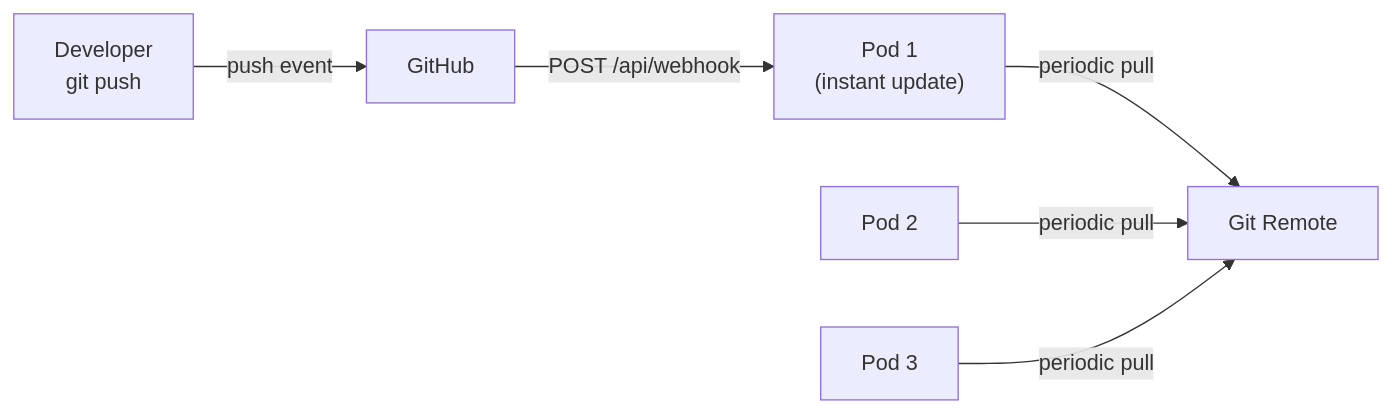
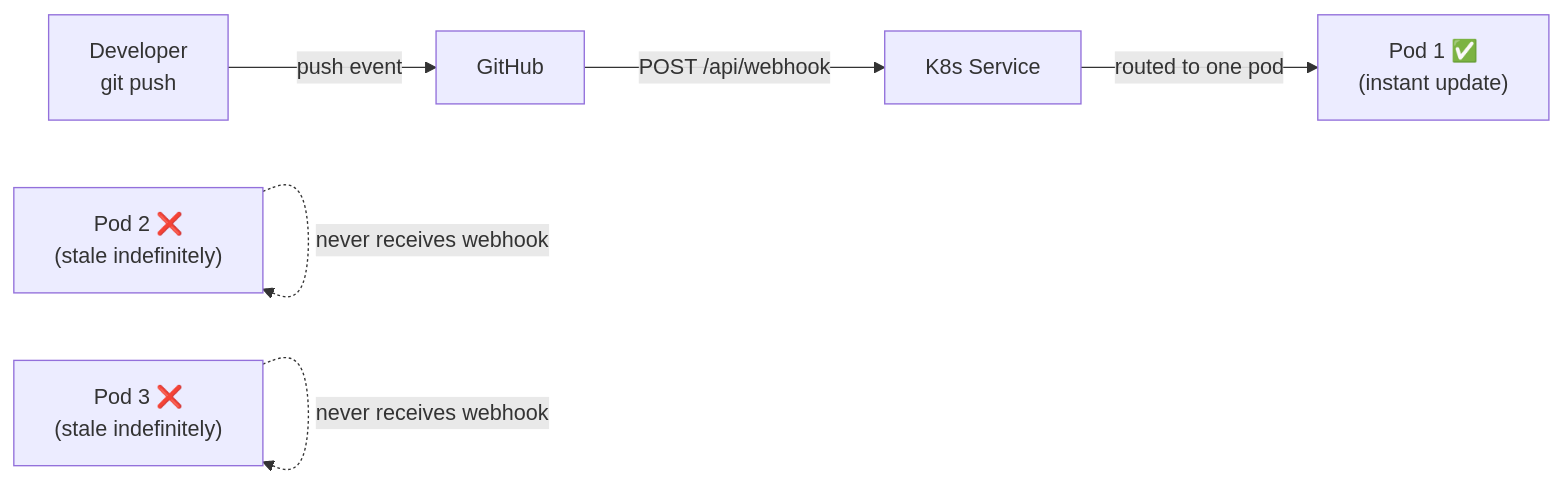
Before and after one commit to khaines/blogflow: the sixth of 8 diagrams in docs/deployment-guide.md, drawn with Mermaid. The commit also changed other lines of this file, not shown here.

First line of the commit message:
docs: fix HA webhook section to match actual implementation

````diff
--- a/docs/deployment-guide.md
+++ b/docs/deployment-guide.md
@@ -543,9 +542,9 @@
 ```mermaid
 graph LR
     Dev["Developer\ngit push"] -->|"push event"| GH["GitHub"]
-    GH -->|"POST /api/webhook"| Pod1["Pod 1\n(instant update)"]
+    GH -->|"POST /api/webhook"| Svc["K8s Service"]
+    Svc -->|"routed to one pod"| Pod1["Pod 1 ✅\n(instant update)"]
 
-    Pod1 -->|"periodic pull"| Repo["Git Remote"]
-    Pod2["Pod 2"] -->|"periodic pull"| Repo
-    Pod3["Pod 3"] -->|"periodic pull"| Repo
+    Pod2["Pod 2 ❌\n(stale indefinitely)"] -.->|"never receives webhook"| Pod2
+    Pod3["Pod 3 ❌\n(stale indefinitely)"] -.->|"never receives webhook"| Pod3
 ```
````
